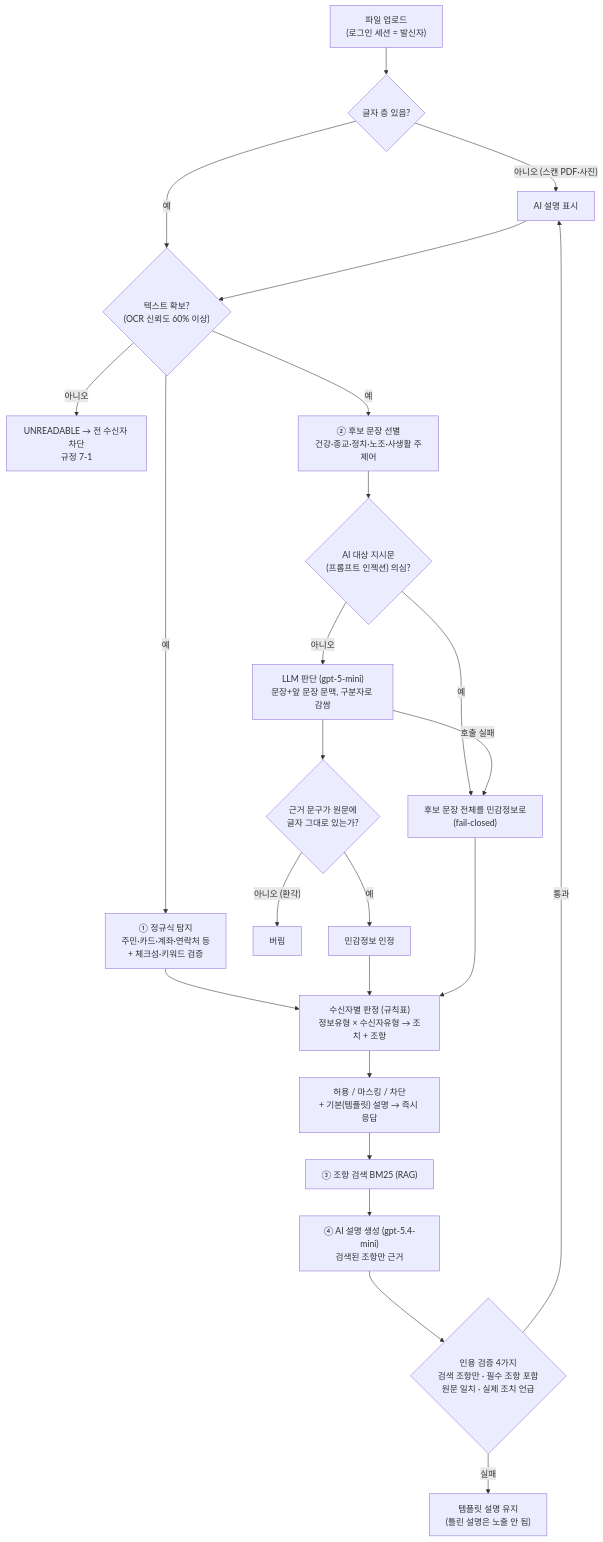
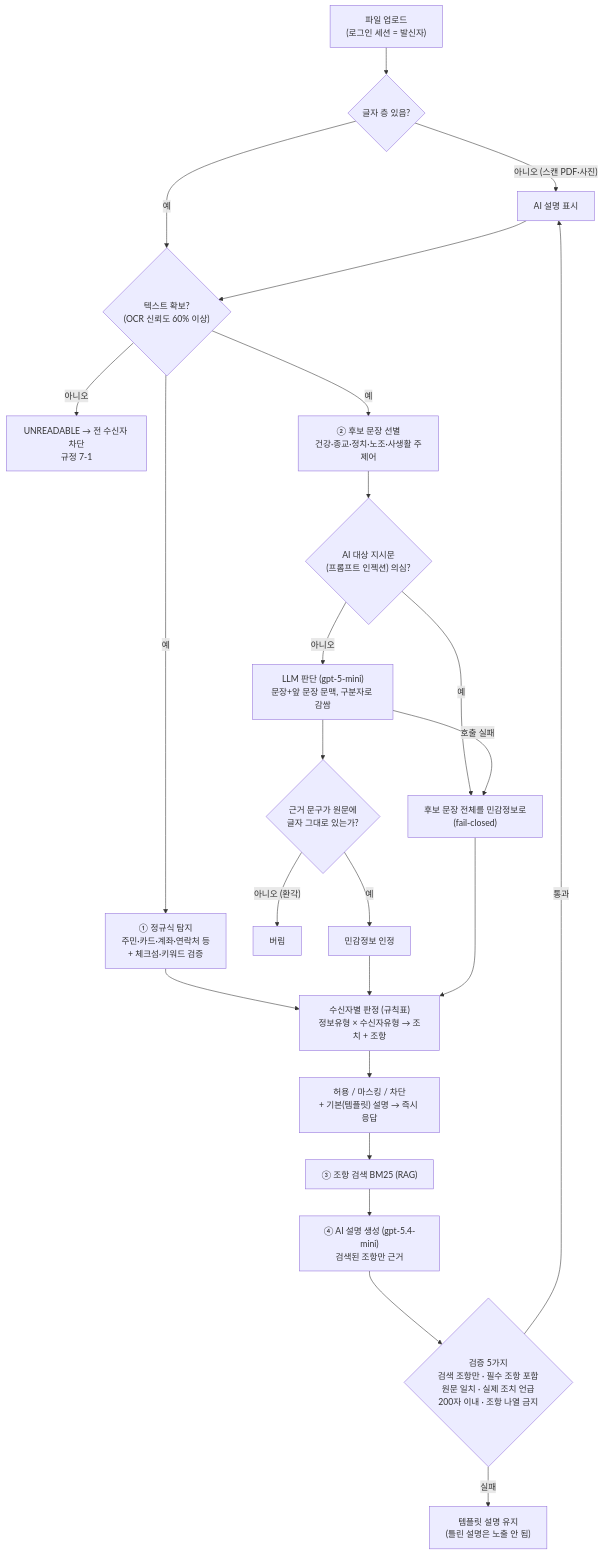
The second of 3 diagrams in docs/architecture.md (jutopia03/safedrop), drawn with Mermaid before and after one commit. The commit also changed other lines of this file and 9 other files, not shown here.

````diff
--- a/docs/architecture.md
+++ b/docs/architecture.md
@@ -81,26 +81,26 @@
 ```mermaid
 flowchart TD
   A["파일 업로드<br/>(로그인 세션 = 발신자)"] --> A2{"글자 층 있음?"}
   A2 -- "아니오 (스캔 PDF·사진)" --> O["OCR (Tesseract 한국어)<br/>잡티 제거·이진화"]
   A2 -- "예" --> B
   O --> B{"텍스트 확보?<br/>(OCR 신뢰도 60% 이상)"}
   B -- "아니오" --> X["UNREADABLE → 전 수신자 차단<br/>규정 7-1"]
   B -- "예" --> C["① 정규식 탐지<br/>주민·카드·계좌·연락처 등<br/>+ 체크섬·키워드 검증"]
   B -- "예" --> D["② 후보 문장 선별<br/>건강·종교·정치·노조·사생활 주제어"]
   D --> I{"AI 대상 지시문<br/>(프롬프트 인젝션) 의심?"}
   I -- "예" --> F["후보 문장 전체를 민감정보로<br/>(fail-closed)"]
   I -- "아니오" --> E["LLM 판단 (gpt-5-mini)<br/>문장+앞 문장 문맥, 구분자로 감쌈"]
   E --> G{"근거 문구가 원문에<br/>글자 그대로 있는가?"}
   G -- "아니오 (환각)" --> G2["버림"]
   G -- "예" --> H["민감정보 인정"]
   E -- "호출 실패" --> F
   C --> J["수신자별 판정 (규칙표)<br/>정보유형 × 수신자유형 → 조치 + 조항"]
   H --> J
   F --> J
   J --> K["허용 / 마스킹 / 차단<br/>+ 기본(템플릿) 설명 → 즉시 응답"]
   K --> L["③ 조항 검색 BM25 (RAG)"]
   L --> M["④ AI 설명 생성 (gpt-5.4-mini)<br/>검색된 조항만 근거"]
-  M --> N{"인용 검증 4가지<br/>검색 조항만 · 필수 조항 포함<br/>원문 일치 · 실제 조치 언급"}
+  M --> N{"검증 5가지<br/>검색 조항만 · 필수 조항 포함<br/>원문 일치 · 실제 조치 언급<br/>200자 이내 · 조항 나열 금지"}
   N -- "통과" --> O["AI 설명 표시"]
   N -- "실패" --> P["템플릿 설명 유지<br/>(틀린 설명은 노출 안 됨)"]
 ```
````
